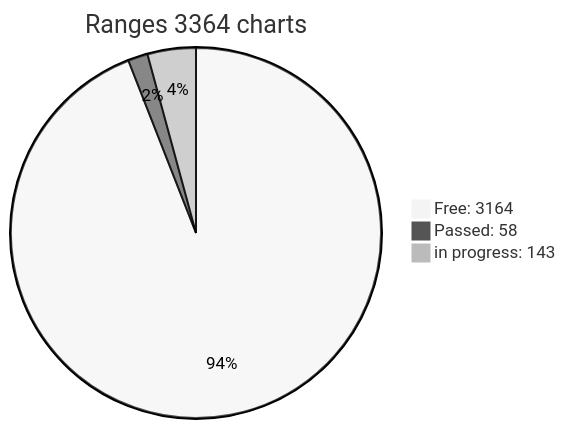
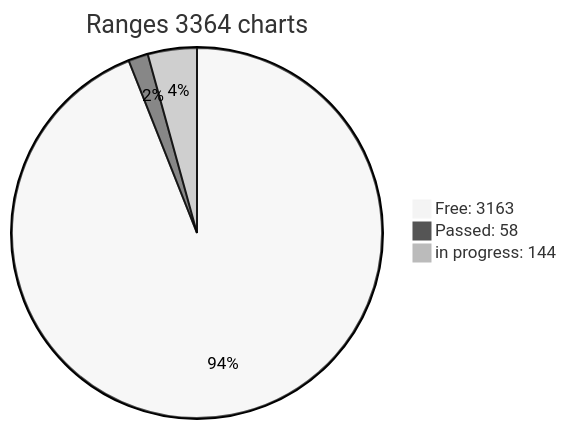
One commit to jonlloner/wif500 changed the diagram in x64/Release/table.md. Above: the diagram before and after it, drawn with Mermaid (neutral theme).

````diff
--- a/x64/Release/table.md
+++ b/x64/Release/table.md
@@ -3,6 +3,6 @@
 ```mermaid
 pie title Ranges 3364 charts
-"Free: 3164" : 3164
+"Free: 3163" : 3163
 "Passed: 58" : 58
-"in progress: 143" : 142
+"in progress: 144" : 144
 ```  
````
